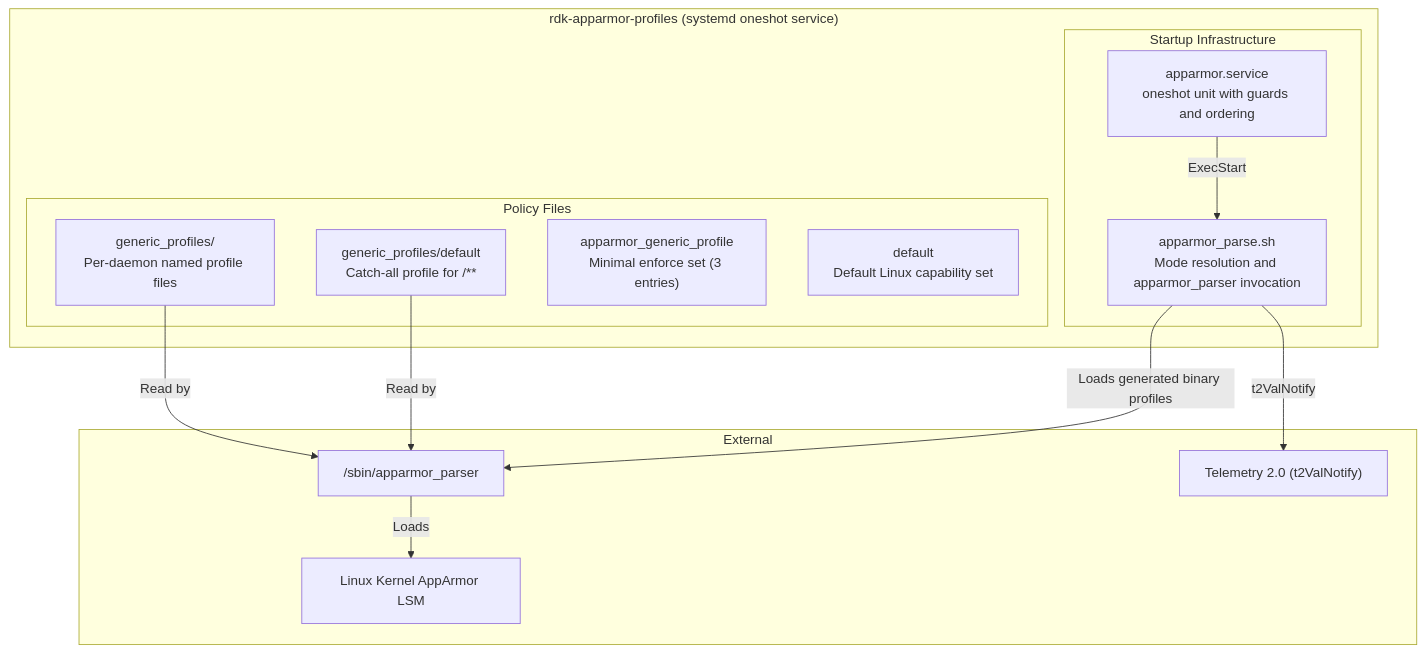
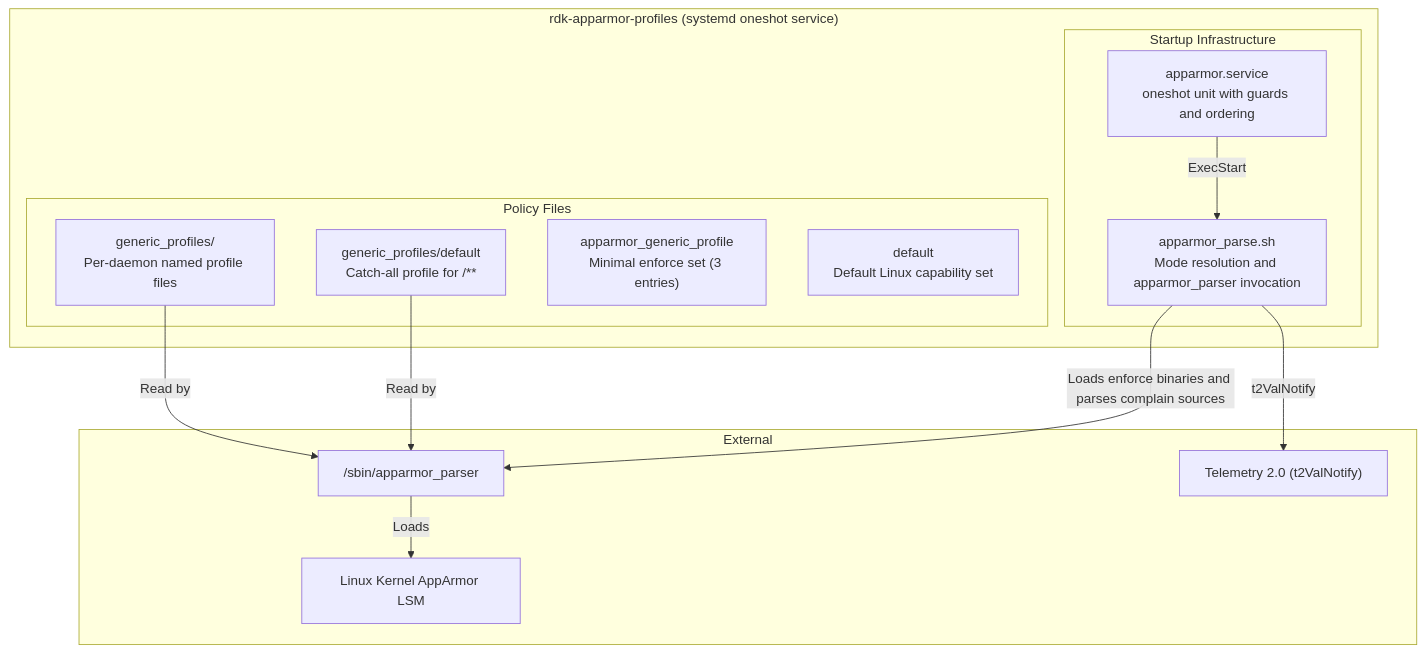
The second of 8 diagrams in README.md (rdkcentral/rdk-apparmor-profiles), drawn with Mermaid before and after one commit. The commit also changed other lines of this file, not shown here.

````diff
--- a/README.md
+++ b/README.md
@@ -57,30 +57,30 @@
 ```mermaid
 graph TD
     subgraph AppArmorComponent ["rdk-apparmor-profiles (systemd oneshot service)"]
         subgraph StartupInfra ["Startup Infrastructure"]
             SVC["apparmor.service\noneshot unit with guards and ordering"]
             SH["apparmor_parse.sh\nMode resolution and apparmor_parser invocation"]
         end
 
         subgraph PolicyFiles ["Policy Files"]
             GENERIC["generic_profiles/\nPer-daemon named profile files"]
             CATCHALL["generic_profiles/default\nCatch-all profile for /**"]
             GENPROF["apparmor_generic_profile\nMinimal enforce set (3 entries)"]
             DEFCAP["default\nDefault Linux capability set"]
         end
 
     end
 
     subgraph External ["External"]
         PARSER["/sbin/apparmor_parser"]
         KERNEL["Linux Kernel AppArmor LSM"]
         T2["Telemetry 2.0 (t2ValNotify)"]
     end
 
     SVC -->|ExecStart| SH
-    SH -->|"Loads generated binary profiles"| PARSER
+    SH -->|"Loads enforce binaries and parses complain sources"| PARSER
     PARSER -->|Loads| KERNEL
     GENERIC -->|Read by| PARSER
     CATCHALL -->|Read by| PARSER
     SH -->|t2ValNotify| T2
 ```
````
